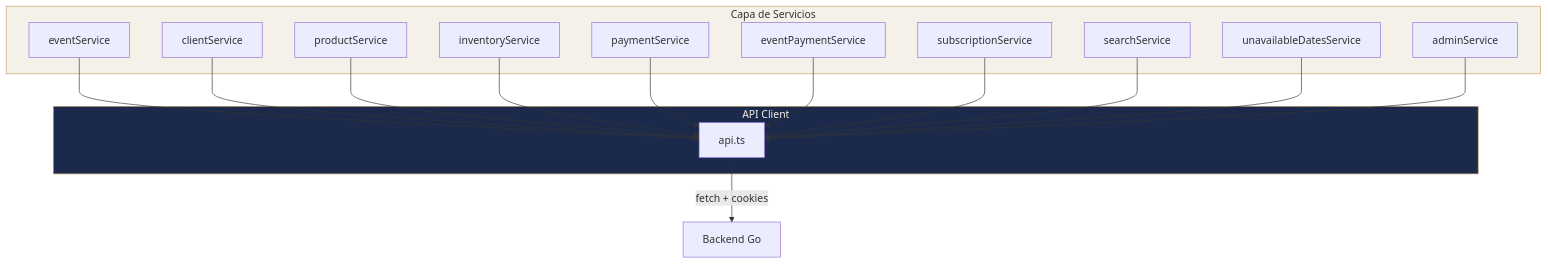
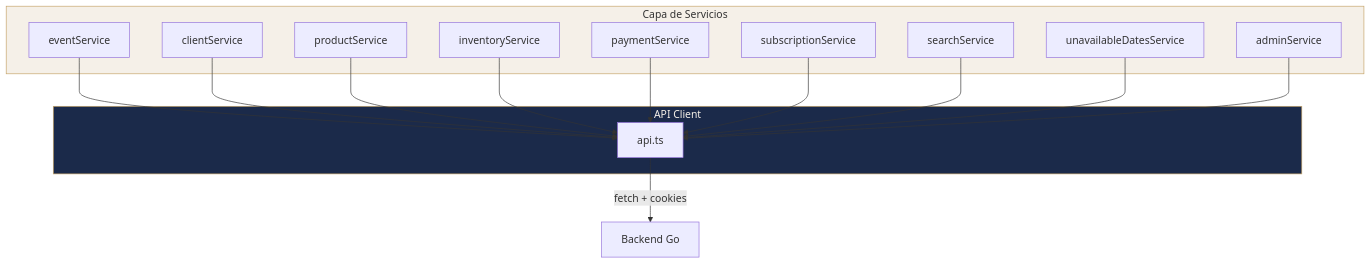
Before and after one commit to tiagofur/solennix: the diagram in docs/Web/Capa de Servicios.md, drawn with Mermaid. The commit also changed other lines of this file and 28 other files, not shown here.

````diff
--- a/docs/Web/Capa de Servicios.md
+++ b/docs/Web/Capa de Servicios.md
@@ -40,35 +40,33 @@
 ```mermaid
 graph TD
     subgraph Services["Capa de Servicios"]
         ES[eventService]
         CS[clientService]
         PS[productService]
         IS[inventoryService]
         PY[paymentService]
-        EP[eventPaymentService]
         SS[subscriptionService]
         SR[searchService]
         UD[unavailableDatesService]
         AS[adminService]
     end
 
     subgraph API["API Client"]
         A[api.ts]
     end
 
     ES --> A
     CS --> A
     PS --> A
     IS --> A
     PY --> A
-    EP --> A
     SS --> A
     SR --> A
     UD --> A
     AS --> A
 
     A -->|fetch + cookies| B["Backend Go"]
 
     style Services fill:#F5F0E8,stroke:#C4A265
     style API fill:#1B2A4A,stroke:#C4A265,color:#F5F0E8
 ```
````
